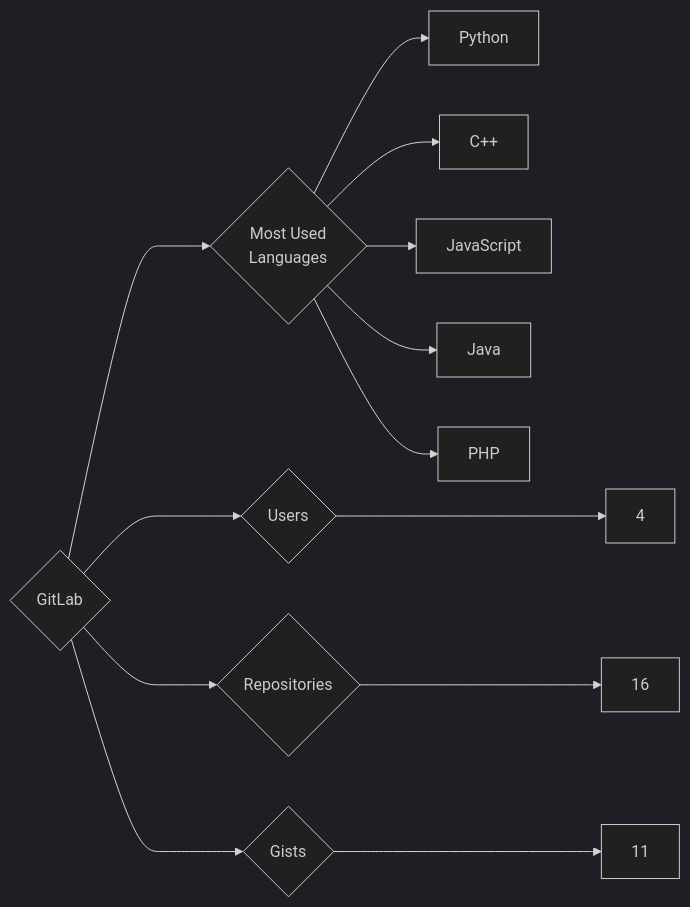
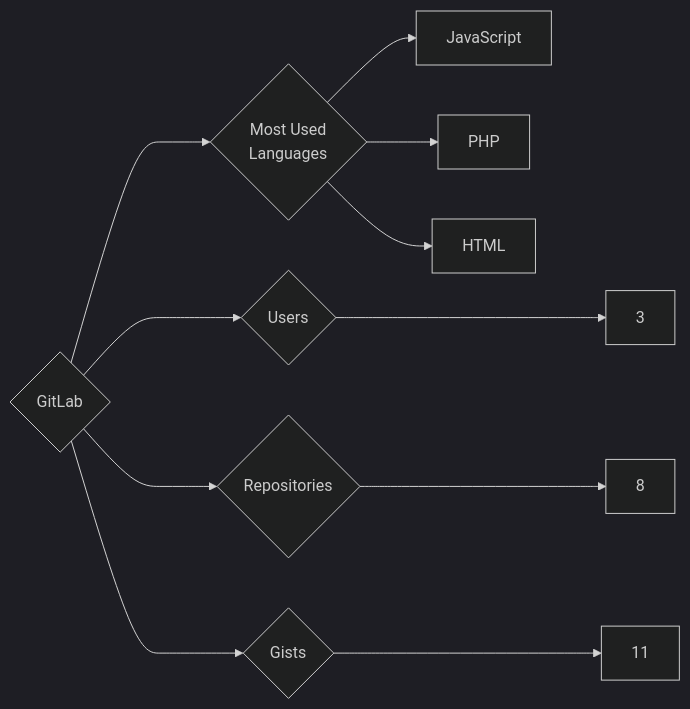
Before and after one commit to trickest/insiders: the diagram in targets/GitLab/README.md, drawn with Mermaid (dark theme). The commit also changed 1141 other files, not shown here.

````diff
--- a/targets/GitLab/README.md
+++ b/targets/GitLab/README.md
@@ -3,13 +3,11 @@
 ```mermaid
 graph LR
 COMPANY_NAME{GitLab}
-COMPANY_NAME ---> U{Users} ---> UN[4]
-COMPANY_NAME ---> R{Repositories} ---> RN[16]
+COMPANY_NAME ---> U{Users} ---> UN[3]
+COMPANY_NAME ---> R{Repositories} ---> RN[8]
 COMPANY_NAME ---> G{Gists} ---> GN[11]
 COMPANY_NAME ---> ML{Most Used<br>Languages}
-ML --> Python[Python]
-ML --> C++[C++]
 ML --> JavaScript[JavaScript]
-ML --> Java[Java]
 ML --> PHP[PHP]
+ML --> HTML[HTML]
 ```
````
